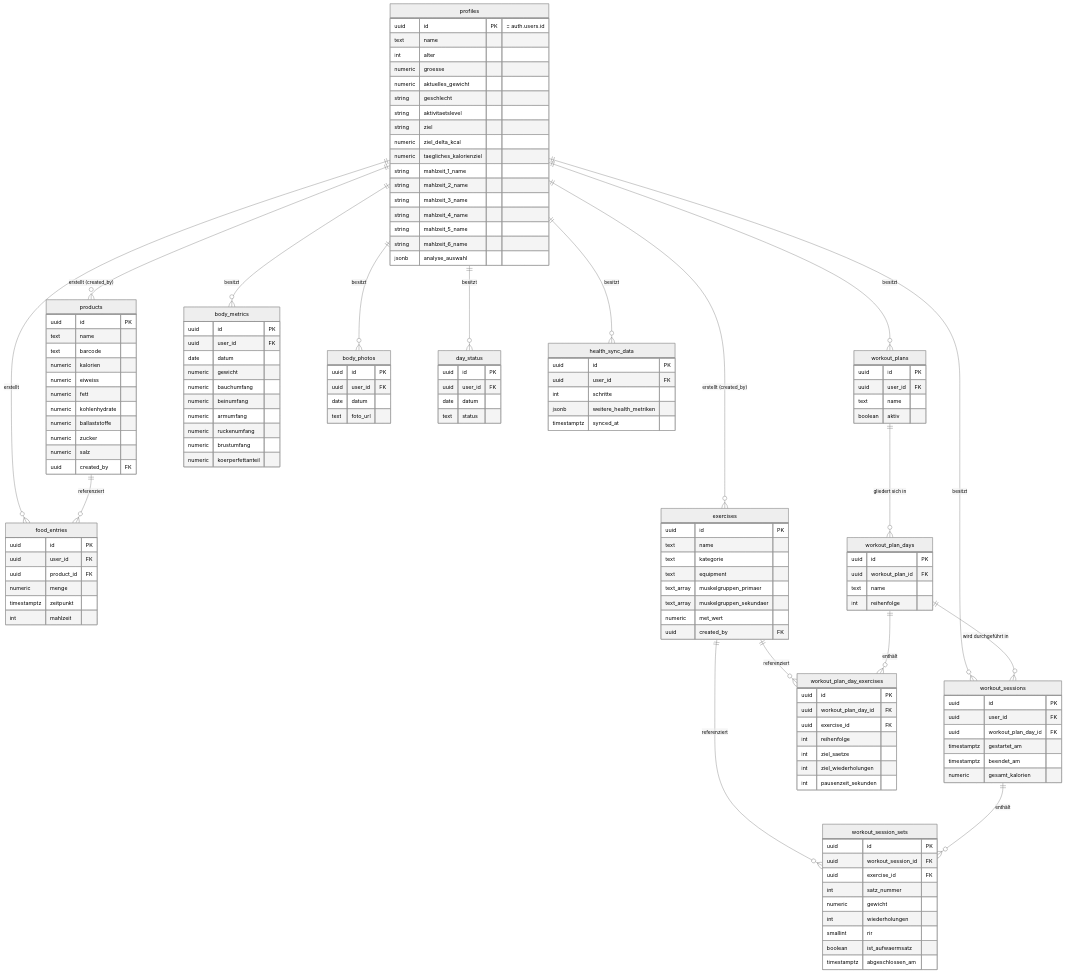
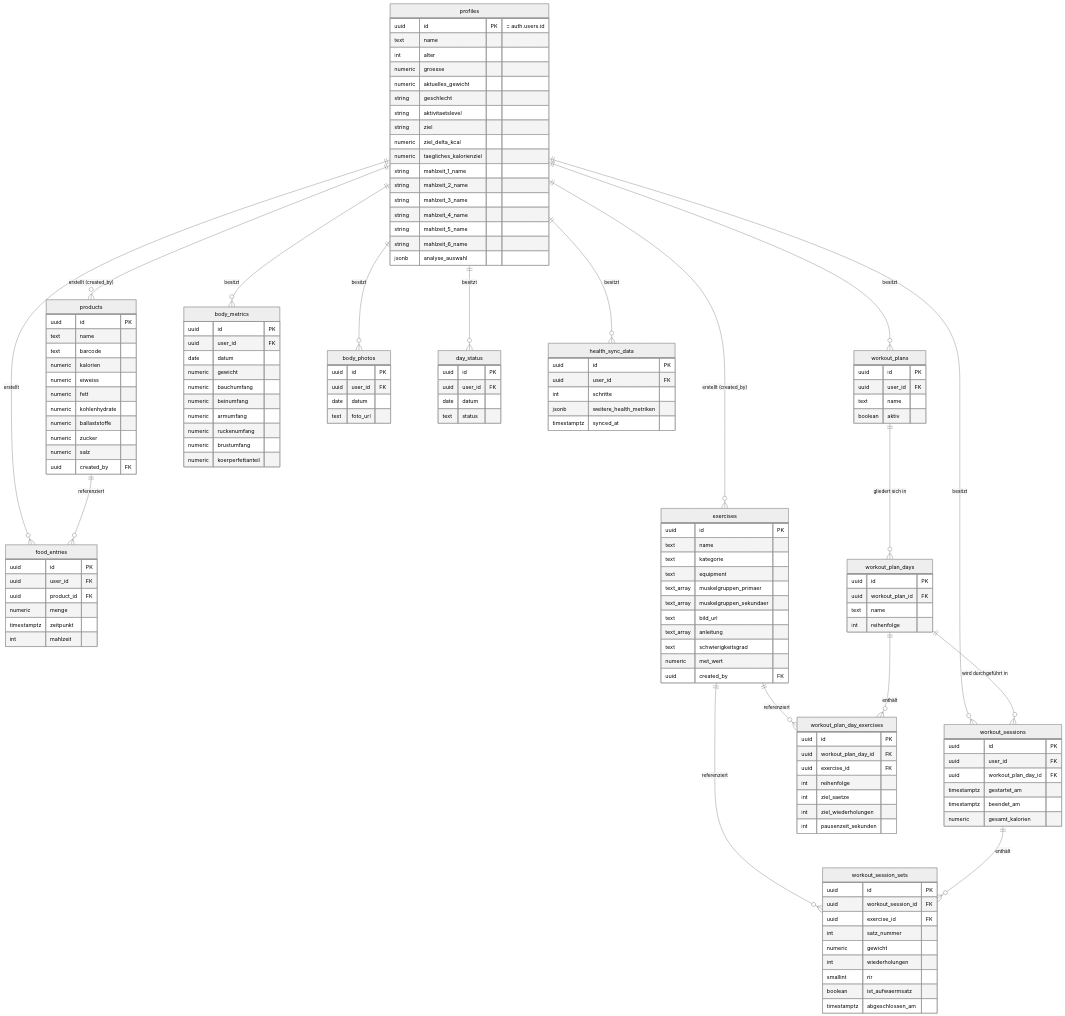
The diagram in docs/domaenenmodell.md (SueleymanOezel/fitness-app), drawn with Mermaid (neutral theme) before and after one commit. The commit also changed other lines of this file and 2 other files, not shown here.

Commit message:
feat: add anleitung and schwierigkeitsgrad columns to exercises
Claude-Session: https://claude.ai/code/session_01TWkbW1kKUitPez3D4vbA2d

```diff
--- a/docs/domaenenmodell.md
+++ b/docs/domaenenmodell.md
@@ -88,6 +88,9 @@
         text equipment
         text_array muskelgruppen_primaer
         text_array muskelgruppen_sekundaer
+        text bild_url
+        text_array anleitung
+        text schwierigkeitsgrad
         numeric met_wert
         uuid created_by FK
     }
```
